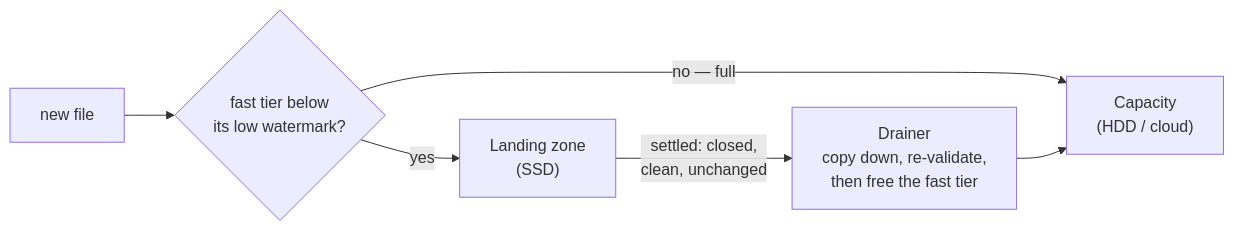
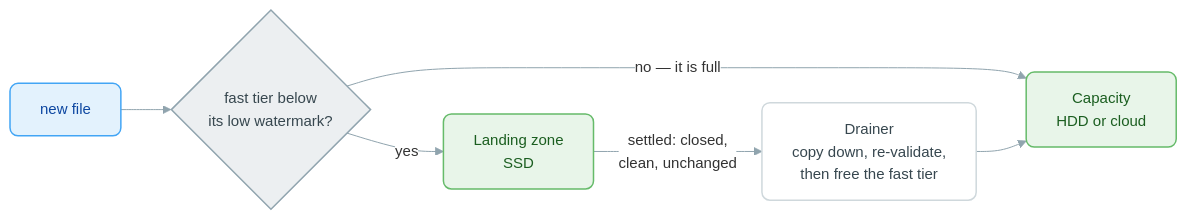
One commit to Hawkynt/DriveBenderUtility changed the fifth of 7 diagrams in README.md. Above: the diagram before and after it, drawn with Mermaid. The commit also changed other lines of this file and 1 other file, not shown here.

First line of the commit message:
* the diagrams looked like 2014: Material palette, rounded cards, semantic colour (#40)

````diff
--- a/README.md
+++ b/README.md
@@ -169,8 +209,21 @@
 ```mermaid
+%%{init: {"theme":"base","themeVariables":{"fontSize":"15px","lineColor":"#90A4AE","textColor":"#37474F","clusterBkg":"#FAFAFA","clusterBorder":"#E0E0E0","edgeLabelBackground":"#FFFFFF"}}}%%
 flowchart LR
     W["new file"] --> P{"fast tier below<br/>its low watermark?"}
-    P -- yes --> L["Landing zone<br/>(SSD)"]
-    P -- "no — full" --> C["Capacity<br/>(HDD / cloud)"]
+    P -- yes --> L["Landing zone<br/>SSD"]
+    P -- "no — it is full" --> C["Capacity<br/>HDD or cloud"]
     L -- "settled: closed,<br/>clean, unchanged" --> D["Drainer<br/>copy down, re-validate,<br/>then free the fast tier"]
     D --> C
+
+    classDef primary fill:#E3F2FD,stroke:#42A5F5,stroke-width:1.5px,color:#0D47A1,rx:8,ry:8
+    classDef surface fill:#FFFFFF,stroke:#CFD8DC,stroke-width:1.5px,color:#37474F,rx:8,ry:8
+    classDef store fill:#E8F5E9,stroke:#66BB6A,stroke-width:1.5px,color:#1B5E20,rx:8,ry:8
+    classDef warn fill:#FFF8E1,stroke:#FFB300,stroke-width:1.5px,color:#E65100,rx:8,ry:8
+    classDef danger fill:#FFEBEE,stroke:#EF5350,stroke-width:1.5px,color:#B71C1C,rx:8,ry:8
+    classDef accent fill:#EDE7F6,stroke:#7E57C2,stroke-width:1.5px,color:#4527A0,rx:8,ry:8
+    classDef decision fill:#ECEFF1,stroke:#90A4AE,stroke-width:1.5px,color:#37474F
+    class W primary
+    class P decision
+    class L,C store
+    class D surface
 ```
````
